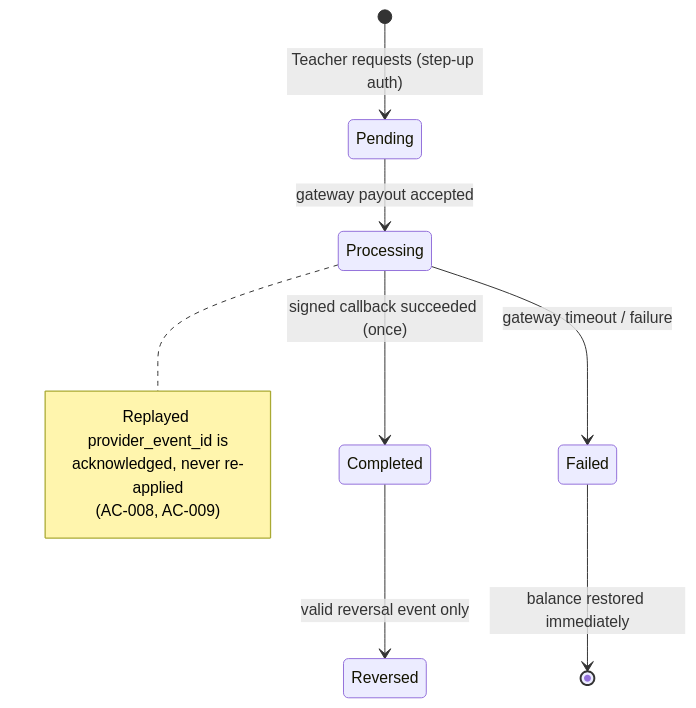
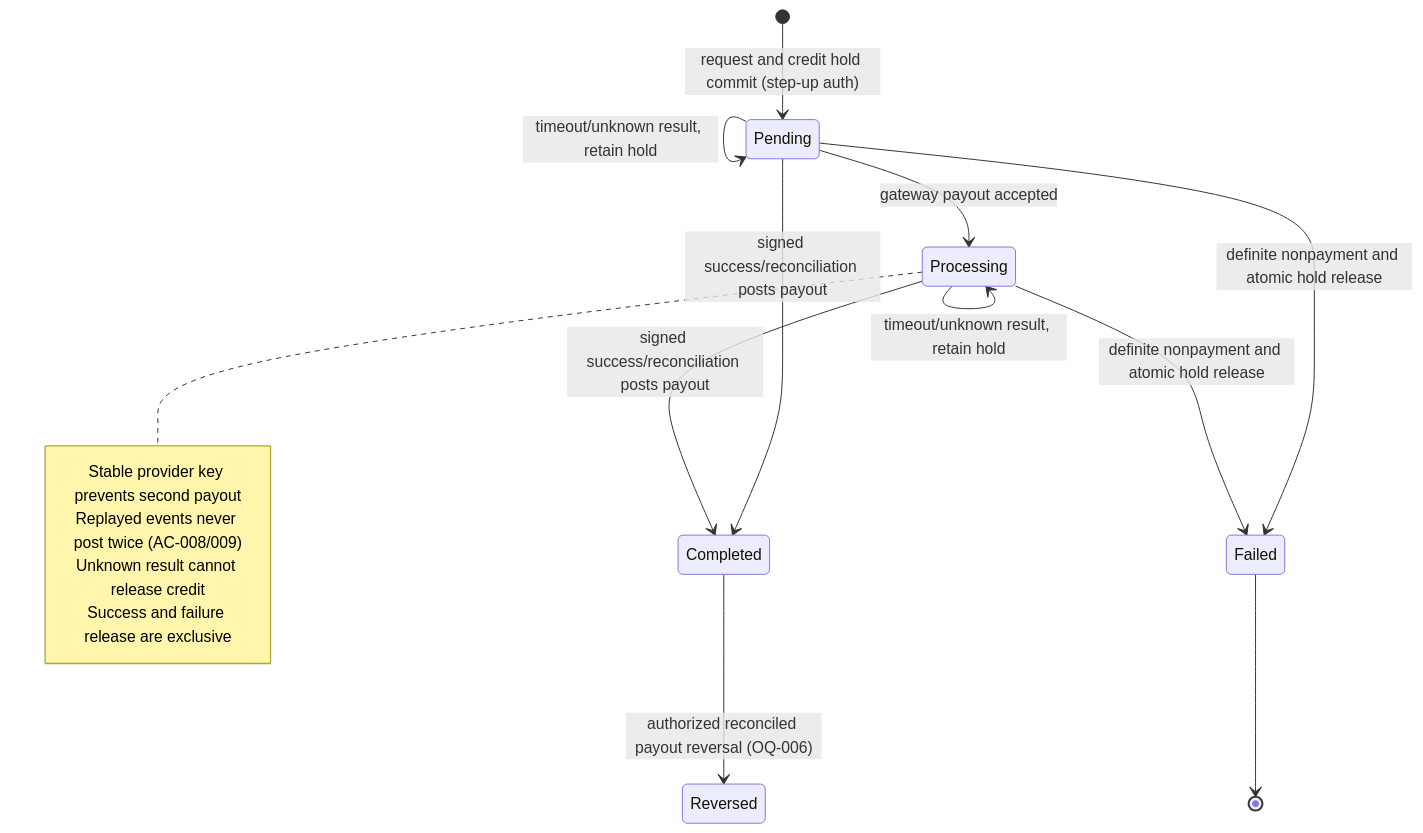
One commit to trankien022/SkillSwap changed the fifth of 5 diagrams in docs/plans/SkillSwap-SRS.md. Above: the diagram before and after it, drawn with Mermaid. The commit also changed other lines of this file and 30 other files, not shown here.

Commit message:
docs(design): clarify ERD cardinality and keys

````diff
--- a/docs/plans/SkillSwap-SRS.md
+++ b/docs/plans/SkillSwap-SRS.md
@@ -385,14 +409,19 @@
 ```mermaid
 stateDiagram-v2
-  [*] --> Pending : Teacher requests (step-up auth)
+  [*] --> Pending : request and credit hold commit (step-up auth)
   Pending --> Processing : gateway payout accepted
-  Processing --> Completed : signed callback succeeded (once)
-  Processing --> Failed : gateway timeout / failure
-  Failed --> [*] : balance restored immediately
-  Completed --> Reversed : valid reversal event only
+  Pending --> Completed : signed success/reconciliation posts payout
+  Processing --> Completed : signed success/reconciliation posts payout
+  Pending --> Failed : definite nonpayment and atomic hold release
+  Processing --> Failed : definite nonpayment and atomic hold release
+  Pending --> Pending : timeout/unknown result, retain hold
+  Processing --> Processing : timeout/unknown result, retain hold
+  Failed --> [*]
+  Completed --> Reversed : authorized reconciled payout reversal (OQ-006)
   note right of Processing
-    Replayed provider_event_id is
-    acknowledged, never re-applied
-    (AC-008, AC-009)
+    Stable provider key prevents second payout
+    Replayed events never post twice (AC-008/009)
+    Unknown result cannot release credit
+    Success and failure release are exclusive
   end note
 ```
````
